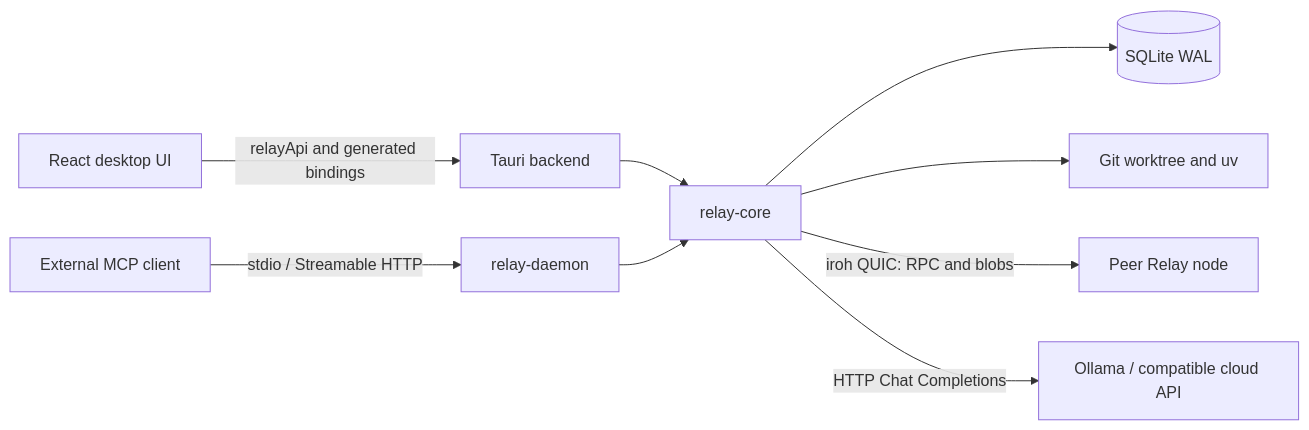
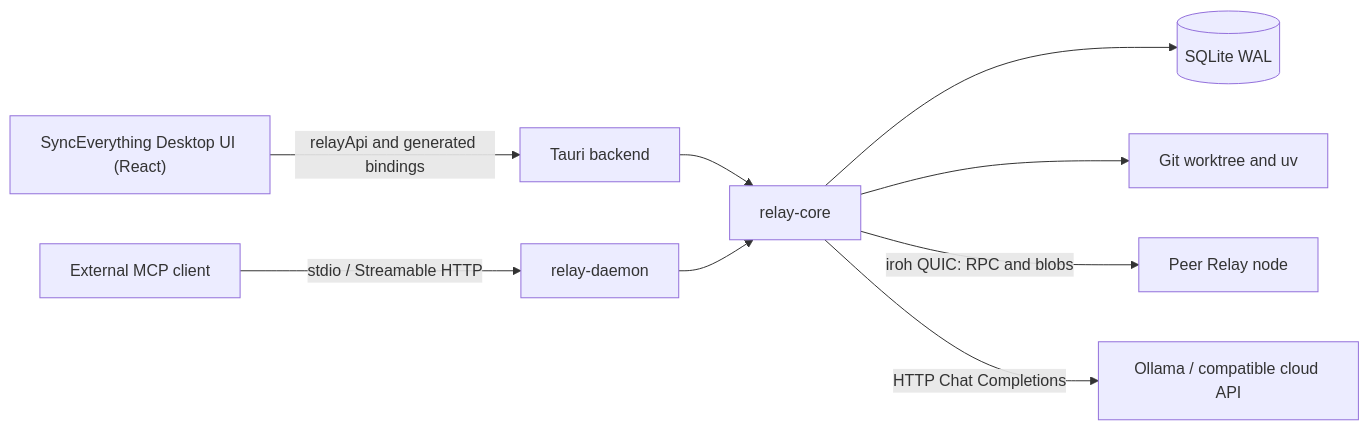
Before and after one commit to Foahh/SyncEverything: the diagram in docs/architecture.md, drawn with Mermaid. The commit also changed other lines of this file and 95 other files, not shown here.

Commit message:
chore(oss): consolidate course assets, rewrite SyncEverything docs, and add CI

````diff
--- a/docs/architecture.md
+++ b/docs/architecture.md
@@ -9,11 +9,11 @@
 ```mermaid
 flowchart LR
-    UI["React desktop UI"] -->|"relayApi and generated bindings"| Tauri["Tauri backend"]
+    UI["SyncEverything Desktop UI (React)"] -->|"relayApi and generated bindings"| Tauri["Tauri backend"]
     Agent["External MCP client"] -->|"stdio / Streamable HTTP"| Daemon["relay-daemon"]
     Tauri --> Core["relay-core"]
     Daemon --> Core
     Core --> DB[("SQLite WAL")]
     Core --> Sandbox["Git worktree and uv"]
     Core -->|"iroh QUIC: RPC and blobs"| Peer["Peer Relay node"]
     Core -->|"HTTP Chat Completions"| Model["Ollama / compatible cloud API"]
 ```
````
